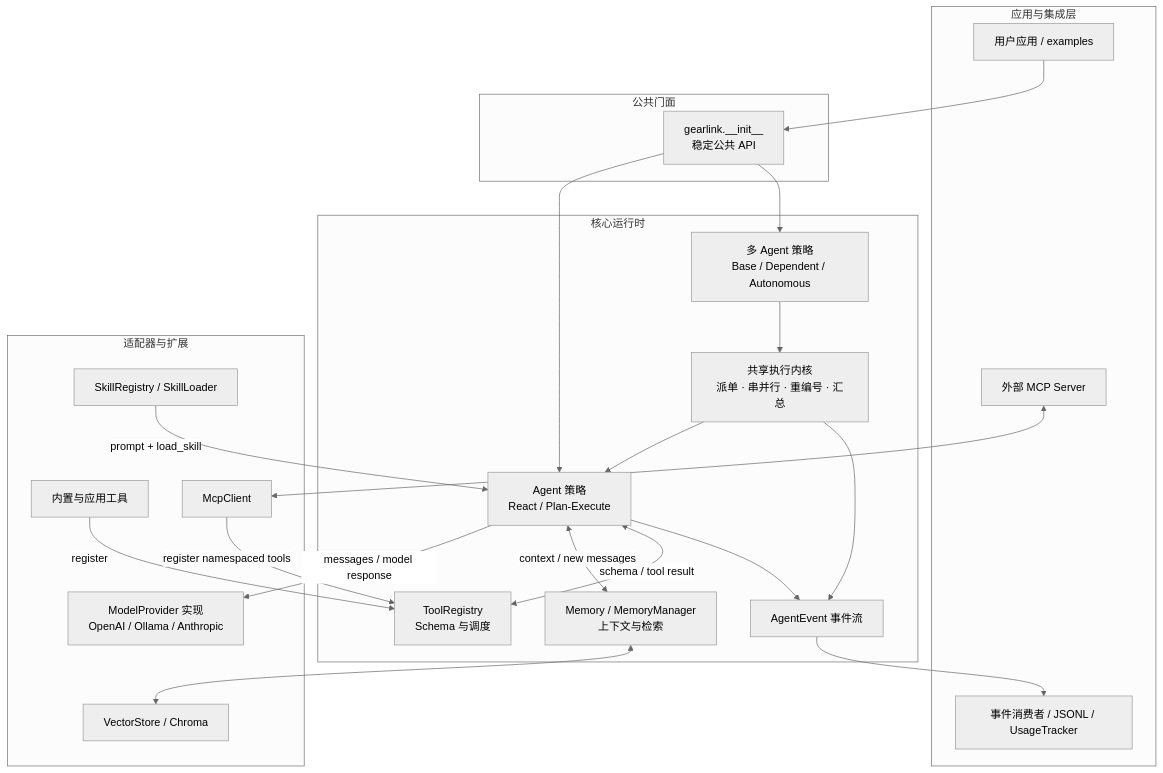
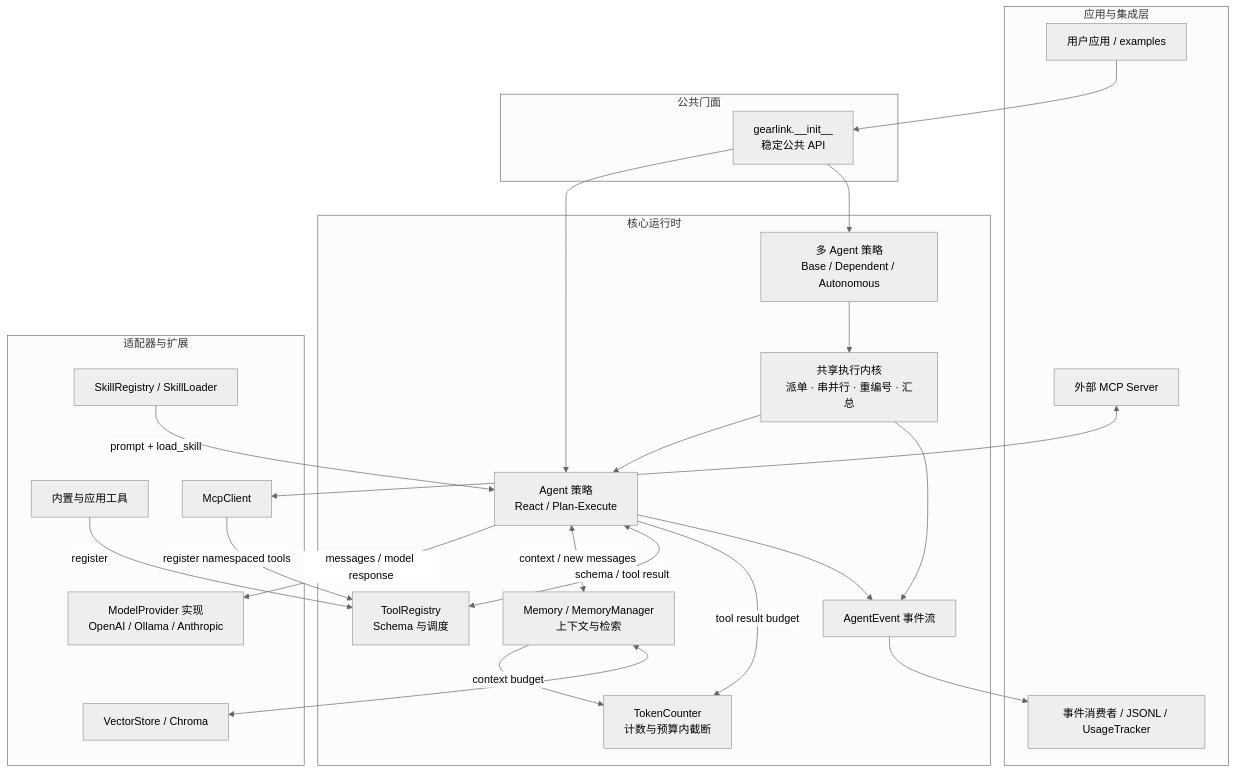
The first of 9 diagrams in docs/架构设计.md (Mzys521/gearlink), drawn with Mermaid (neutral theme) before and after one commit. The commit also changed other lines of this file and 15 other files, not shown here.

````diff
--- a/docs/架构设计.md
+++ b/docs/架构设计.md
@@ -20,46 +20,49 @@
 ```mermaid
 flowchart TB
     subgraph consumers["应用与集成层"]
         APP["用户应用 / examples"]
         OBS["事件消费者 / JSONL / UsageTracker"]
         MCPS["外部 MCP Server"]
     end
 
     subgraph facade["公共门面"]
         API["gearlink.__init__<br/>稳定公共 API"]
     end
 
     subgraph runtime["核心运行时"]
         AGENT["Agent 策略<br/>React / Plan-Execute"]
         ORCH["多 Agent 策略<br/>Base / Dependent / Autonomous"]
         KERNEL["共享执行内核<br/>派单 · 串并行 · 重编号 · 汇总"]
         EVENTS["AgentEvent 事件流"]
         MEMORY["Memory / MemoryManager<br/>上下文与检索"]
         REGISTRY["ToolRegistry<br/>Schema 与调度"]
+        TOKENS["TokenCounter<br/>计数与预算内截断"]
     end
 
     subgraph adapters["适配器与扩展"]
         PROVIDERS["ModelProvider 实现<br/>OpenAI / Ollama / Anthropic"]
         SKILLS["SkillRegistry / SkillLoader"]
         TOOLS["内置与应用工具"]
         MCP["McpClient"]
         STORE["VectorStore / Chroma"]
     end
 
     APP --> API
     API --> AGENT
     API --> ORCH
     ORCH --> KERNEL
     KERNEL --> AGENT
     AGENT -->|"messages / model response"| PROVIDERS
     AGENT <-->|"context / new messages"| MEMORY
     AGENT <-->|"schema / tool result"| REGISTRY
+    AGENT -->|"tool result budget"| TOKENS
+    MEMORY -->|"context budget"| TOKENS
     AGENT --> EVENTS
     KERNEL --> EVENTS
     EVENTS --> OBS
     MEMORY <--> STORE
     SKILLS -->|"prompt + load_skill"| AGENT
     TOOLS -->|"register"| REGISTRY
     MCPS <--> MCP
     MCP -->|"register namespaced tools"| REGISTRY
 ```
````
